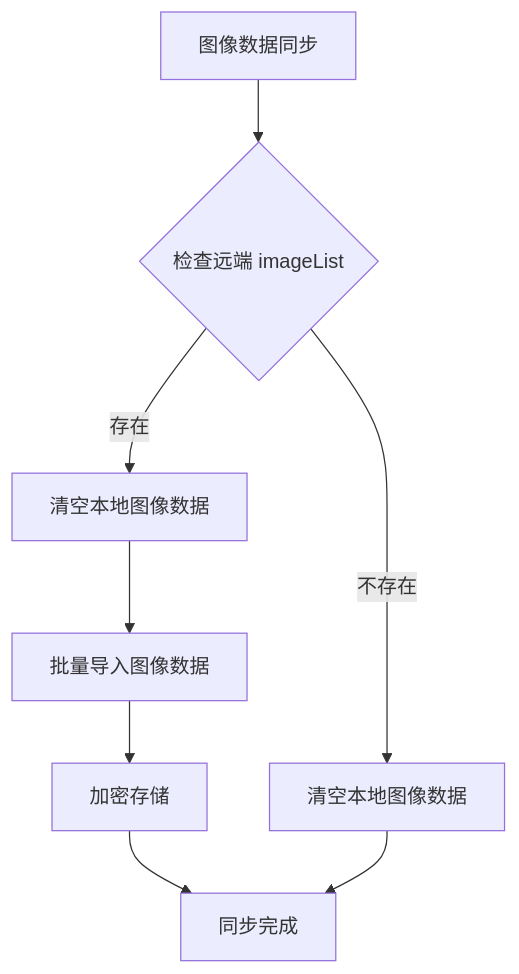
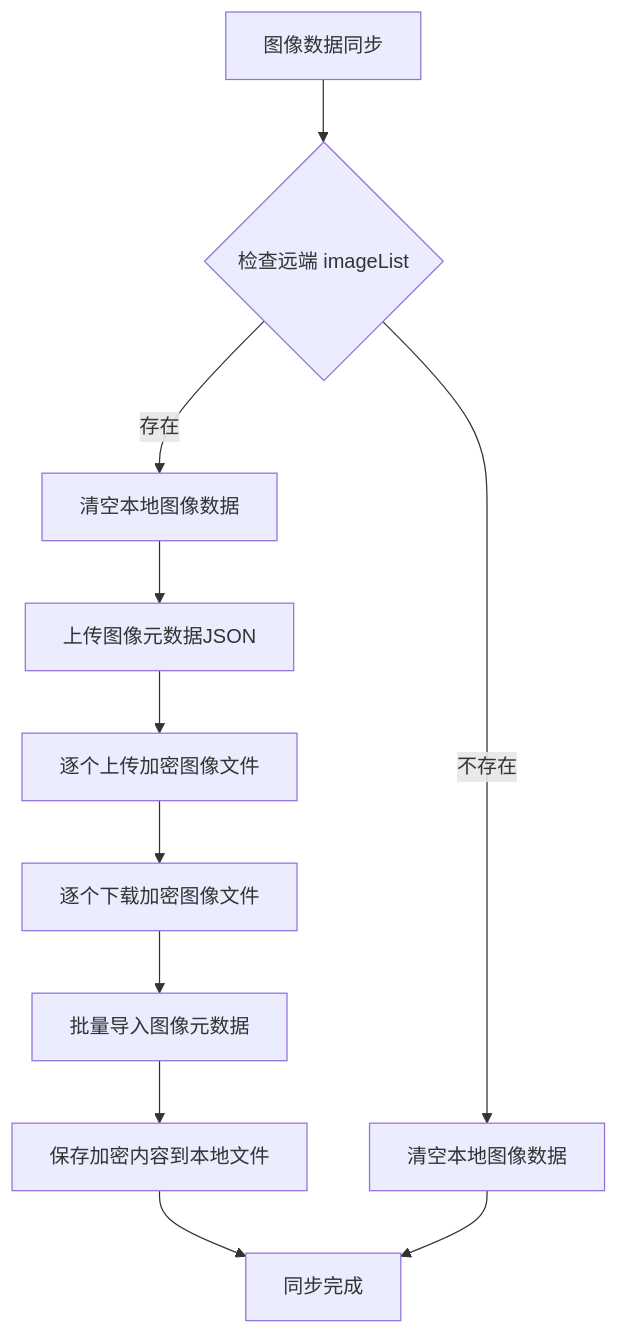
The fourth of 5 diagrams in .qoder/repowiki/zh/content/业务逻辑层/数据同步机制.md (scgithub3220216/password-manager), drawn with Mermaid before and after one commit. The commit also changed other lines of this file and 23 other files, not shown here.

First line of the commit message:
feat(sync): 完善图像数据同步架构与处理逻辑

````diff
--- a/.qoder/repowiki/zh/content/业务逻辑层/数据同步机制.md
+++ b/.qoder/repowiki/zh/content/业务逻辑层/数据同步机制.md
@@ -218,10 +243,13 @@
 ```mermaid
 flowchart TD
 ImageSync["图像数据同步"] --> CheckImageList{"检查远端 imageList"}
 CheckImageList --> |存在| ClearLocal["清空本地图像数据"]
 CheckImageList --> |不存在| ClearLocalOld["清空本地图像数据"]
-ClearLocal --> ImportImages["批量导入图像数据"]
-ImportImages --> EncryptData["加密存储"]
+ClearLocal --> UploadMeta["上传图像元数据JSON"]
+UploadMeta --> UploadFiles["逐个上传加密图像文件"]
+UploadFiles --> DownloadFiles["逐个下载加密图像文件"]
+DownloadFiles --> ImportImages["批量导入图像元数据"]
+ImportImages --> EncryptData["保存加密内容到本地文件"]
 EncryptData --> Success["同步完成"]
 ClearLocalOld --> Success
 ```
````
